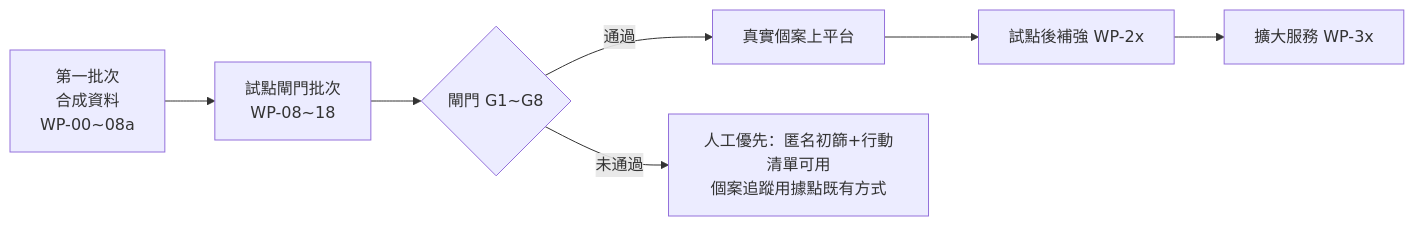
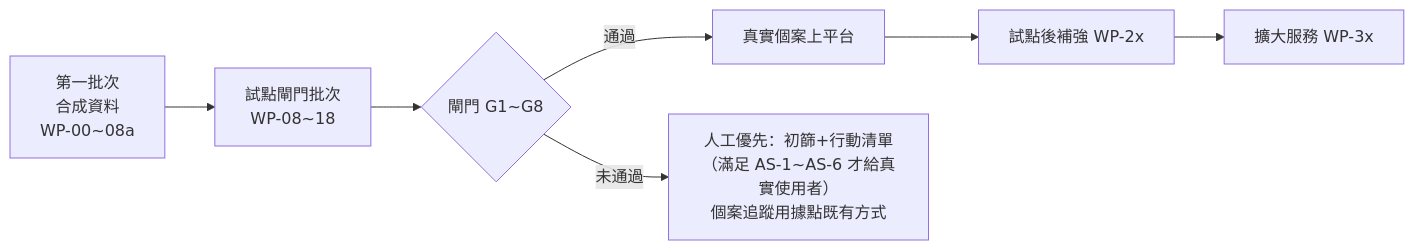
Before and after one commit to firekou/SaveThePeople: the diagram in docs/platform/BUILD_PLAN_AND_ACCEPTANCE.md, drawn with Mermaid. The commit also changed other lines of this file and 22 other files, not shown here.

````diff
--- a/docs/platform/BUILD_PLAN_AND_ACCEPTANCE.md
+++ b/docs/platform/BUILD_PLAN_AND_ACCEPTANCE.md
@@ -6,9 +6,9 @@
 ```mermaid
 flowchart LR
   B1[第一批次\n合成資料\nWP-00~08a] --> B2[試點閘門批次\nWP-08~18]
   B2 --> G{閘門 G1~G8}
   G -->|通過| P[真實個案上平台]
-  G -->|未通過| M[人工優先：匿名初篩+行動清單可用\n個案追蹤用據點既有方式]
+  G -->|未通過| M[人工優先：初篩+行動清單（滿足 AS-1~AS-6 才給真實使用者）\n個案追蹤用據點既有方式]
   P --> PP[試點後補強 WP-2x]
   PP --> S[擴大服務 WP-3x]
 ```
````
